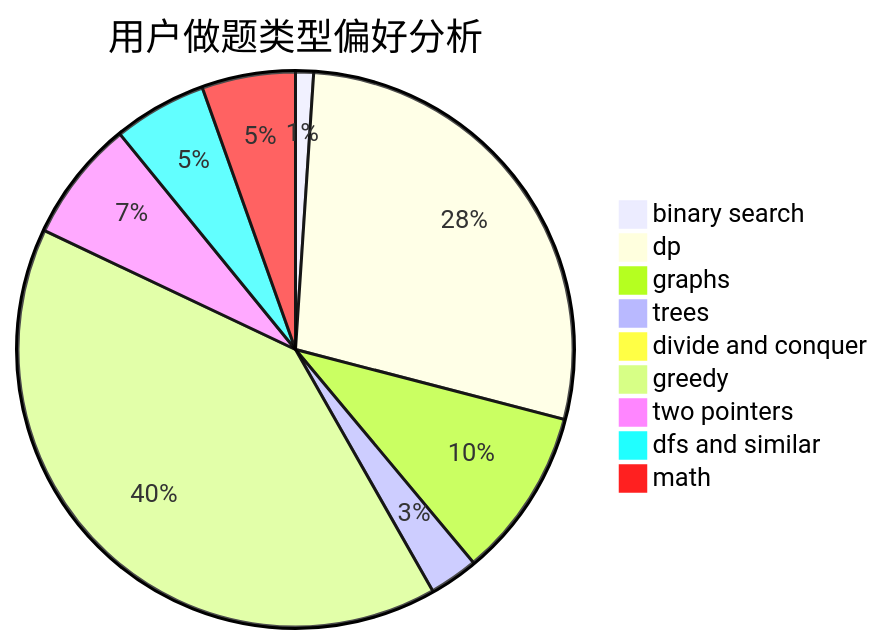
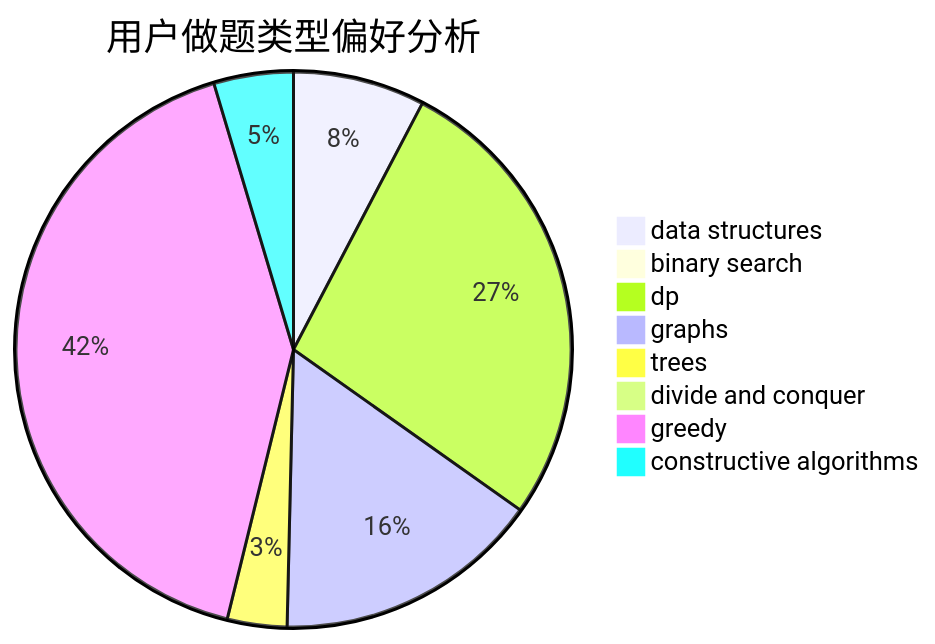
Before and after one commit to sherpahu/cfrs.github.io: the second of 3 diagrams in docs/user/u1106.md, drawn with Mermaid. The commit also changed other lines of this file and 2775 other files, not shown here.

````diff
--- a/docs/user/u1106.md
+++ b/docs/user/u1106.md
@@ -23,12 +23,11 @@
 ```mermaid
 pie title 用户做题类型偏好分析
-    "binary search" :  25
-    "dp" :  669
-    "graphs" :  236
-    "trees" :  68
-    "divide and conquer" :  14
-    "greedy" :  962
-    "two pointers" :  169
-    "dfs and similar" :  130
-    "math" :  130
+    "data structures" :  73
+    "binary search" :  0
+    "dp" :  258
+    "graphs" :  148
+    "trees" :  33
+    "divide and conquer" :  0
+    "greedy" :  395
+    "constructive algorithms" :  44
 ```
````
